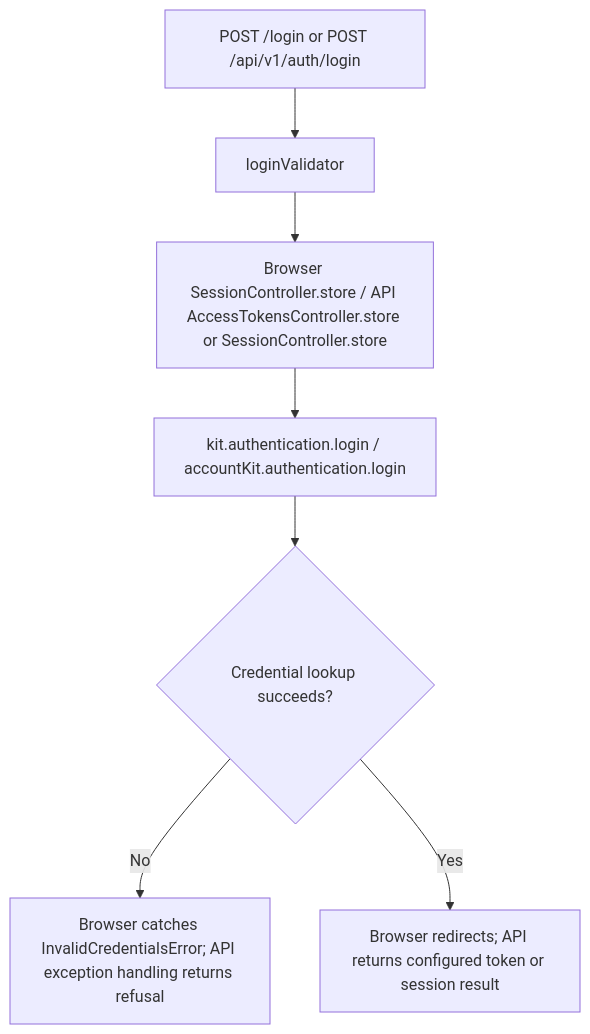
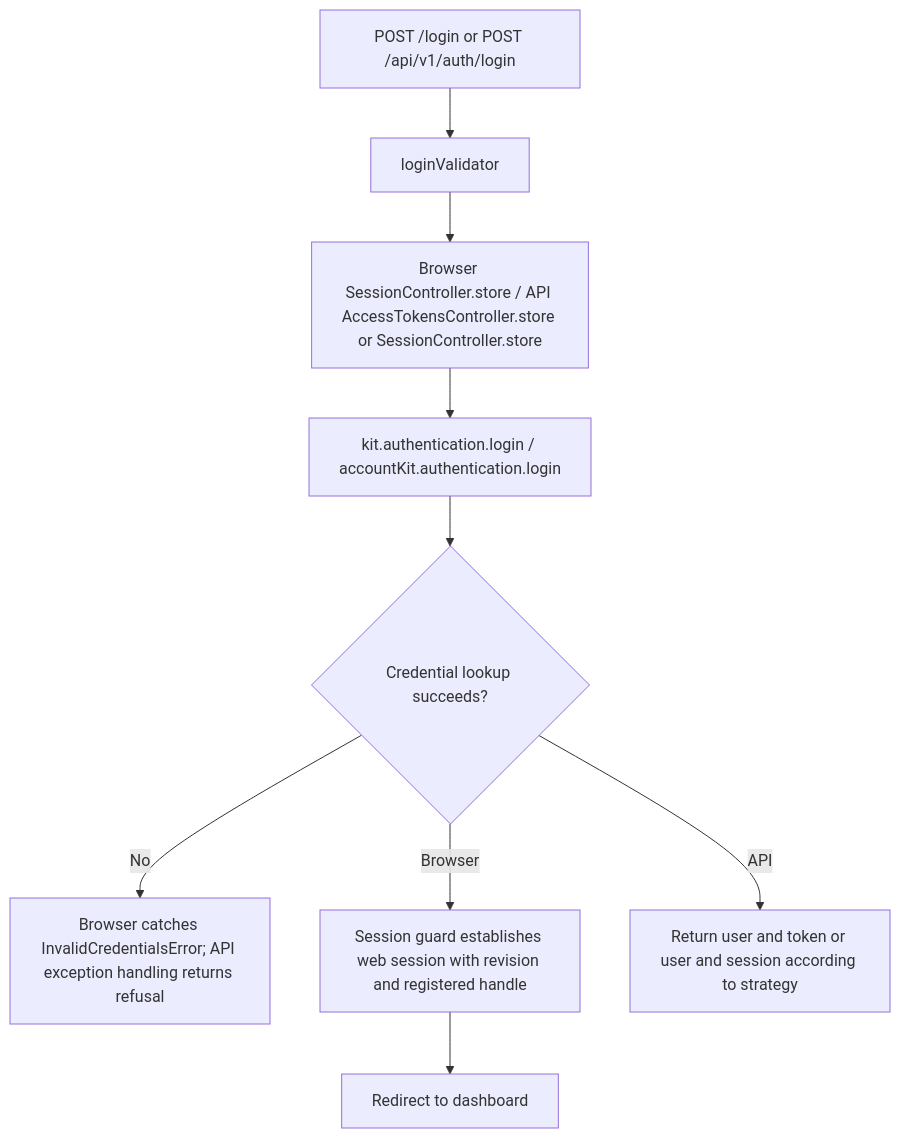
One commit to Kevinjohn/oss-adonisjs-starter-examples changed the second of 2 diagrams in user-stories/accounts/us-account-02-sign-in.md. Above: the diagram before and after it, drawn with Mermaid. The commit also changed other lines of this file and 29 other files, not shown here.

````diff
--- a/user-stories/accounts/us-account-02-sign-in.md
+++ b/user-stories/accounts/us-account-02-sign-in.md
@@ -41,9 +41,11 @@
 ```mermaid
 flowchart TD
     A["POST /login or POST /api/v1/auth/login"] --> B["loginValidator"]
     B --> C["Browser SessionController.store / API AccessTokensController.store or SessionController.store"]
     C --> D["kit.authentication.login / accountKit.authentication.login"]
     D --> E{"Credential lookup succeeds?"}
     E -->|No| F["Browser catches InvalidCredentialsError; API exception handling returns refusal"]
-    E -->|Yes| G["Browser redirects; API returns configured token or session result"]
+    E -->|Browser| R["Session guard establishes web session with revision and registered handle"]
+    R --> G["Redirect to dashboard"]
+    E -->|API| T["Return user and token or user and session according to strategy"]
 ```
````
